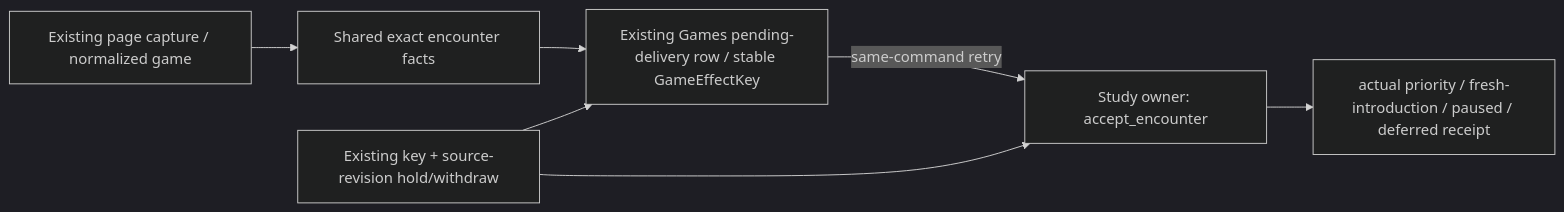
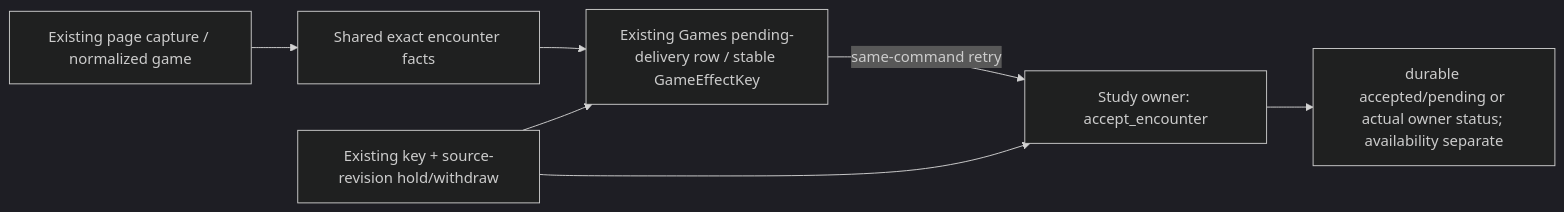
The fourth of 4 diagrams in backend/app/games/feedback/README.md (aaweaver-actuary/tempo), drawn with Mermaid (dark theme) before and after one commit. The commit also changed other lines of this file and 2 other files, not shown here.

````diff
--- a/backend/app/games/feedback/README.md
+++ b/backend/app/games/feedback/README.md
@@ -261,9 +275,9 @@
 ```mermaid
 flowchart LR
   Existing["Existing page capture / normalized game"] --> Facts["Shared exact encounter facts"]
   Facts --> Durable["Existing Games pending-delivery row / stable GameEffectKey"]
   Durable -->|"same-command retry"| Study["Study owner: accept_encounter"]
-  Study --> Receipt["actual priority / fresh-introduction / paused / deferred receipt"]
+  Study --> Receipt["durable accepted/pending or actual owner status; availability separate"]
   Control["Existing key + source-revision hold/withdraw"] --> Durable
   Control --> Study
 ```
````
